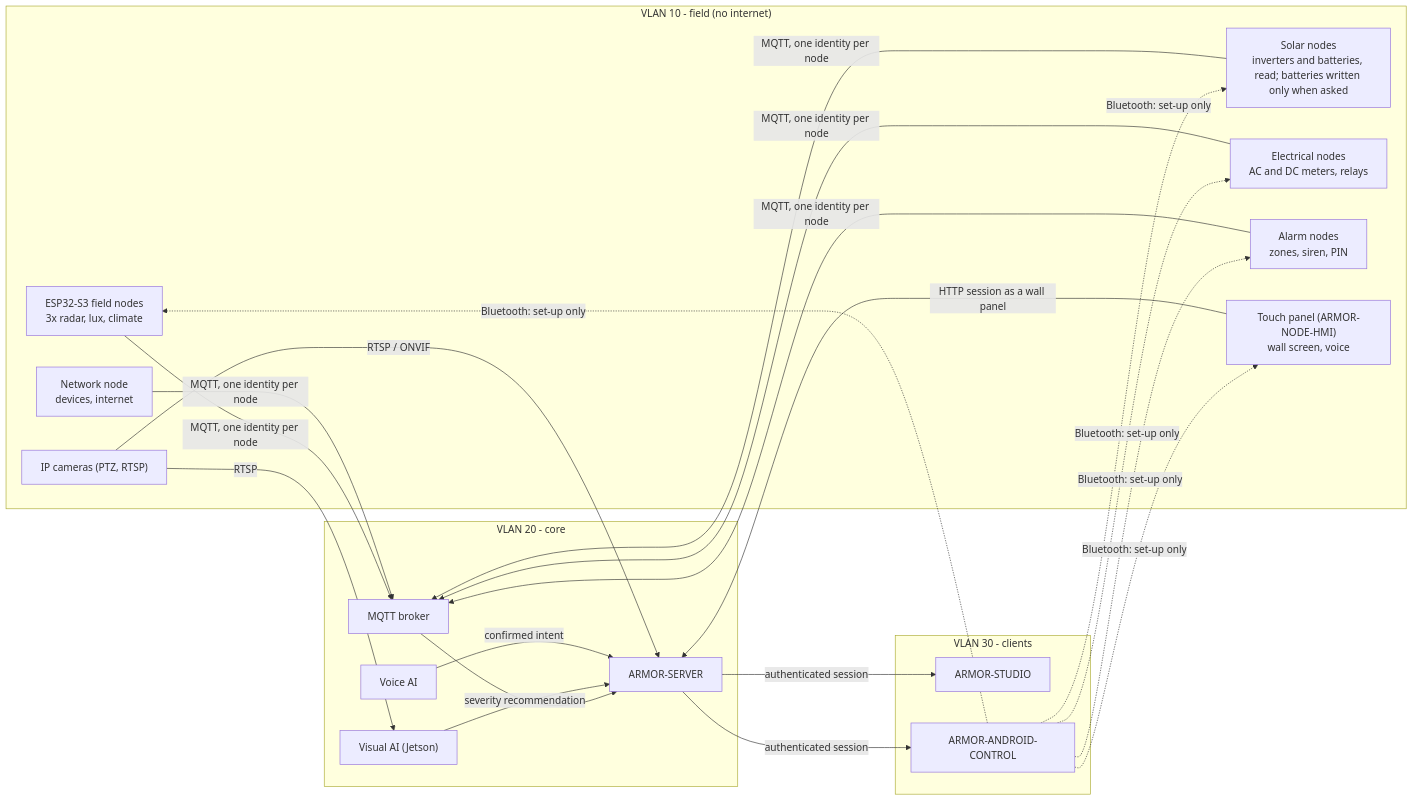
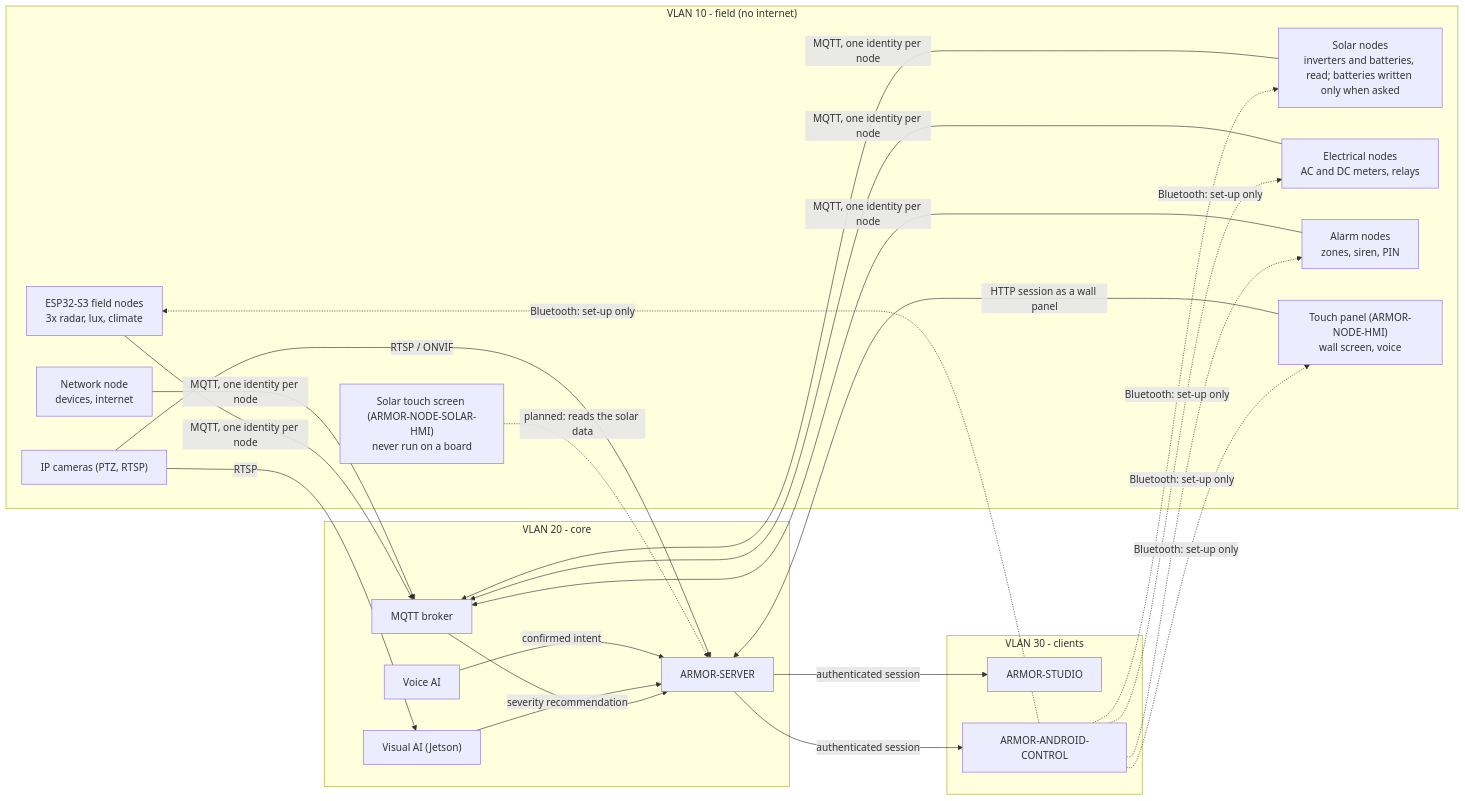
Before and after one commit to JuanenRac/ARMOR-DOCS: the diagram in docs/ARCHITECTURE.md, drawn with Mermaid. The commit also changed other lines of this file and 2 other files, not shown here.

Commit message:
Show the solar touch screen in the architecture and the capability matrix (#123)
* Show the solar touch screen in the architecture and the capability matrix

* Keep the host-test loop to the nodes of the shared firmware

````diff
--- a/docs/ARCHITECTURE.md
+++ b/docs/ARCHITECTURE.md
@@ -3,40 +3,42 @@
 ```mermaid
 flowchart LR
   subgraph field["VLAN 10 - field (no internet)"]
     N["ESP32-S3 field nodes<br/>3x radar, lux, climate"]
     SN["Solar nodes<br/>inverters and batteries, read; batteries written only when asked"]
     EN["Electrical nodes<br/>AC and DC meters, relays"]
     AN["Alarm nodes<br/>zones, siren, PIN"]
     NN["Network node<br/>devices, internet"]
     HM["Touch panel (ARMOR-NODE-HMI)<br/>wall screen, voice"]
+    SH["Solar touch screen (ARMOR-NODE-SOLAR-HMI)<br/>never run on a board"]
     C["IP cameras (PTZ, RTSP)"]
   end
   subgraph core["VLAN 20 - core"]
     B["MQTT broker"]
     S["ARMOR-SERVER"]
     V["Visual AI (Jetson)"]
     P["Voice AI"]
   end
   subgraph clients["VLAN 30 - clients"]
     W["ARMOR-STUDIO"]
     A["ARMOR-ANDROID-CONTROL"]
   end
   N -->|"MQTT, one identity per node"| B
   SN -->|"MQTT, one identity per node"| B
   EN -->|"MQTT, one identity per node"| B
   AN -->|"MQTT, one identity per node"| B
   NN -->|"MQTT, one identity per node"| B
   HM -->|"HTTP session as a wall panel"| S
+  SH -.->|"planned: reads the solar data"| S
   B --> S
   C -->|"RTSP / ONVIF"| S
   C -->|"RTSP"| V
   V -->|"severity recommendation"| S
   P -->|"confirmed intent"| S
   S -->|"authenticated session"| W
   S -->|"authenticated session"| A
   A -.->|"Bluetooth: set-up only"| N
   A -.->|"Bluetooth: set-up only"| SN
   A -.->|"Bluetooth: set-up only"| EN
   A -.->|"Bluetooth: set-up only"| AN
   A -.->|"Bluetooth: set-up only"| HM
 ```
````
